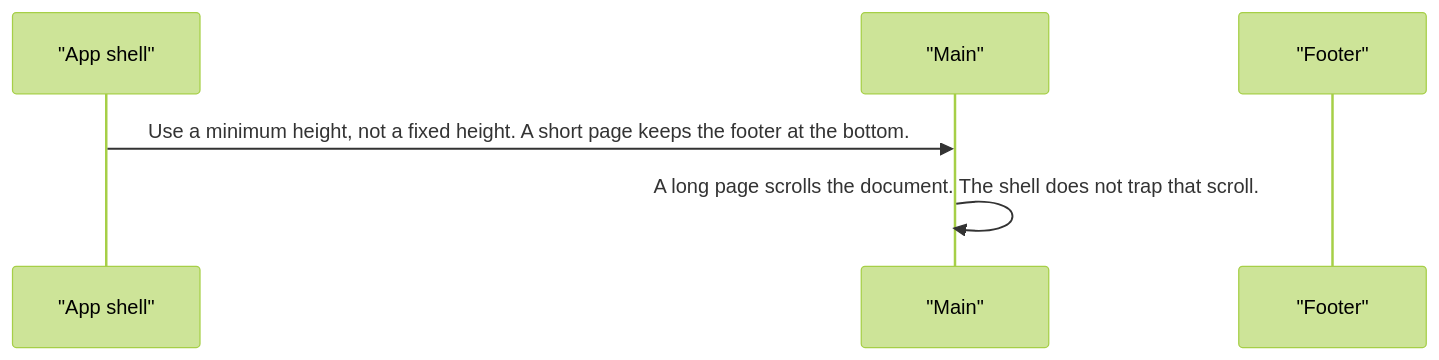
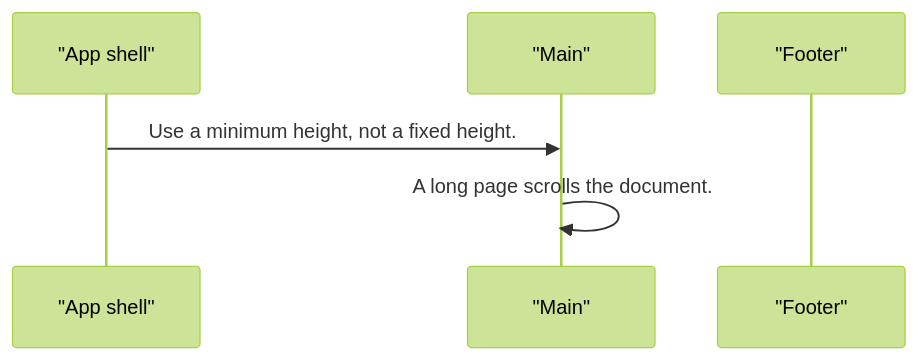
One commit to RajshekharBorate/pixel-ui changed the third of 3 diagrams in projects/pixel-ui/src/lib/pixel-app-shell/DESIGN.md. Above: the diagram before and after it, drawn with Mermaid (forest theme). The commit also changed other lines of this file and 80 other files, not shown here.

Commit message:
Fill missing design flows and correct the stories that did not match component behavior.

````diff
--- a/projects/pixel-ui/src/lib/pixel-app-shell/DESIGN.md
+++ b/projects/pixel-ui/src/lib/pixel-app-shell/DESIGN.md
@@ -63,8 +63,8 @@
 ```mermaid
 sequenceDiagram
   participant shell as "App shell"
   participant main as "Main"
   participant footer as "Footer"
-  shell->>main: Use a minimum height, not a fixed height. A short page keeps the footer at the bottom.
-  main->>main: A long page scrolls the document. The shell does not trap that scroll.
+  shell->>main: Use a minimum height, not a fixed height.
+  main->>main: A long page scrolls the document.
 ```
````
